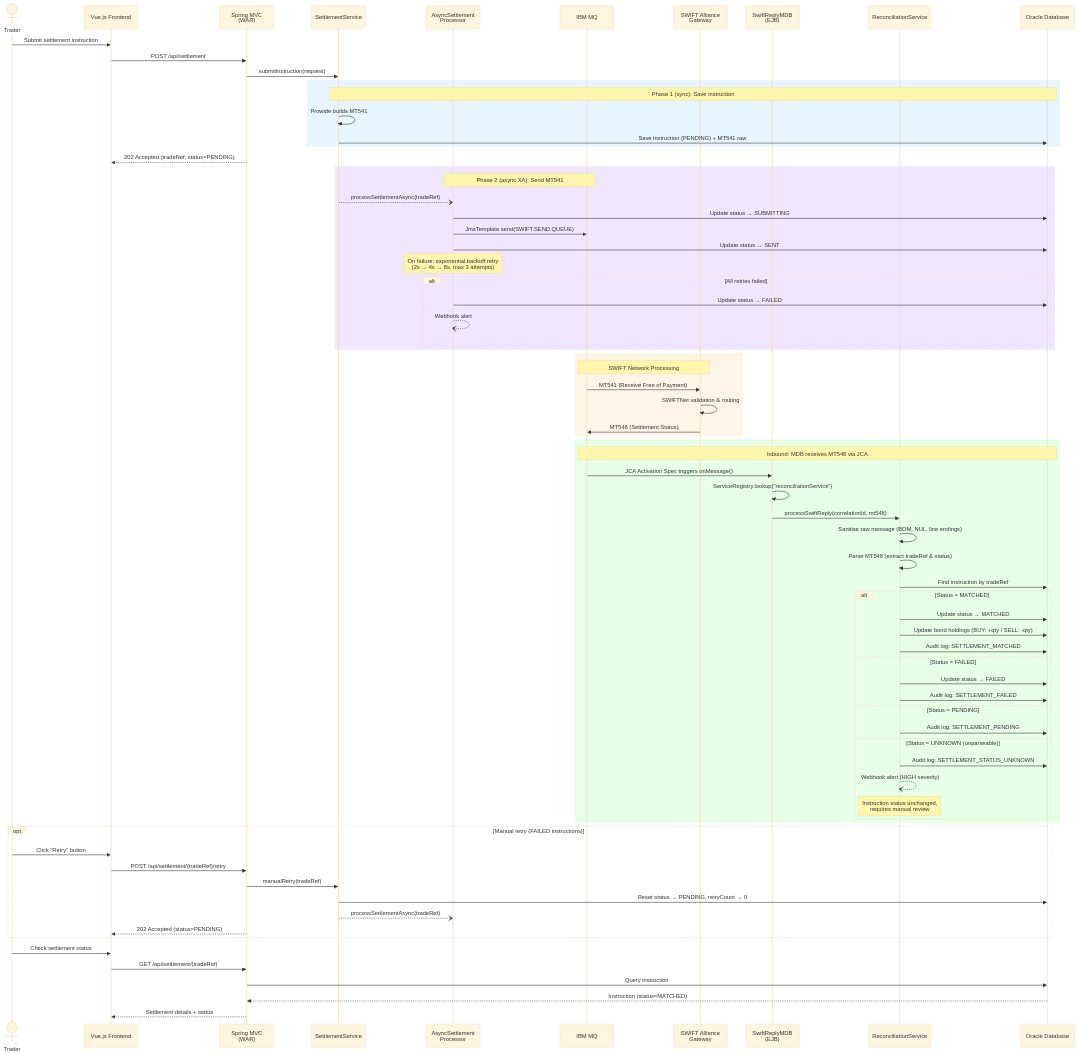
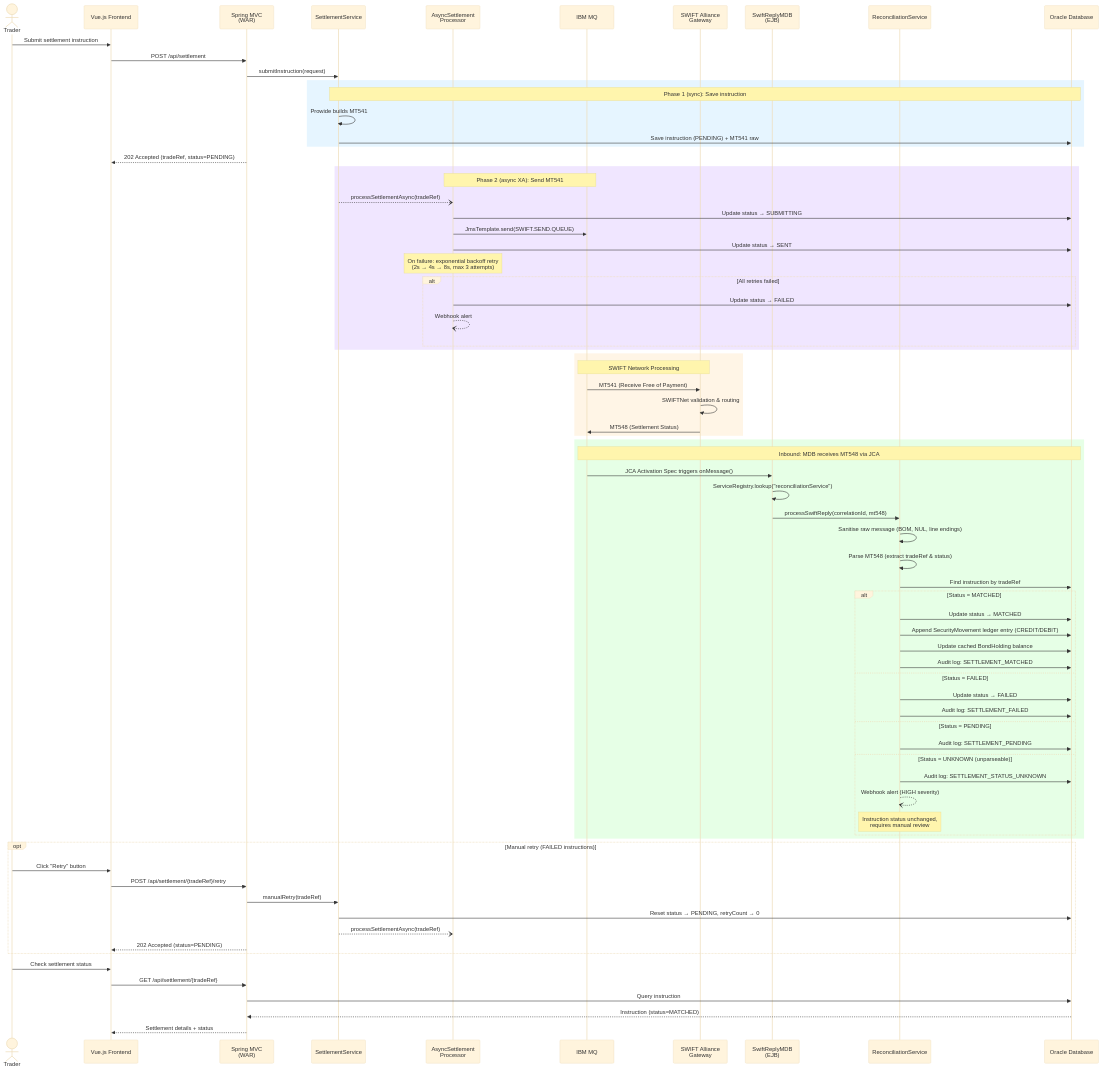
One commit to vonsylvia/my-bond-settlement-system changed the first of 3 diagrams in README.md. Above: the diagram before and after it, drawn with Mermaid (base theme). The commit also changed other lines of this file and 21 other files, not shown here.

```diff
--- a/README.md
+++ b/README.md
@@ -83,7 +83,8 @@
         REC->>DB: Find instruction by tradeRef
         alt Status = MATCHED
             REC->>DB: Update status → MATCHED
-            REC->>DB: Update bond holdings (BUY: +qty / SELL: -qty)
+            REC->>DB: Append SecurityMovement ledger entry (CREDIT/DEBIT)
+            REC->>DB: Update cached BondHolding balance
             REC->>DB: Audit log: SETTLEMENT_MATCHED
         else Status = FAILED
             REC->>DB: Update status → FAILED
```
